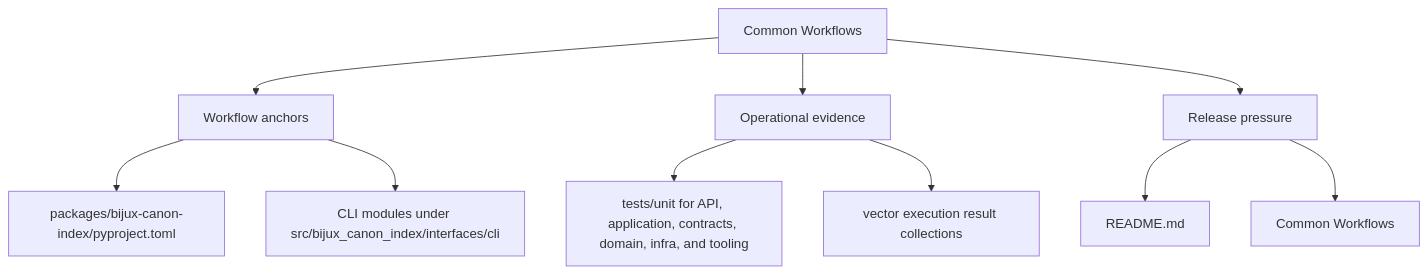
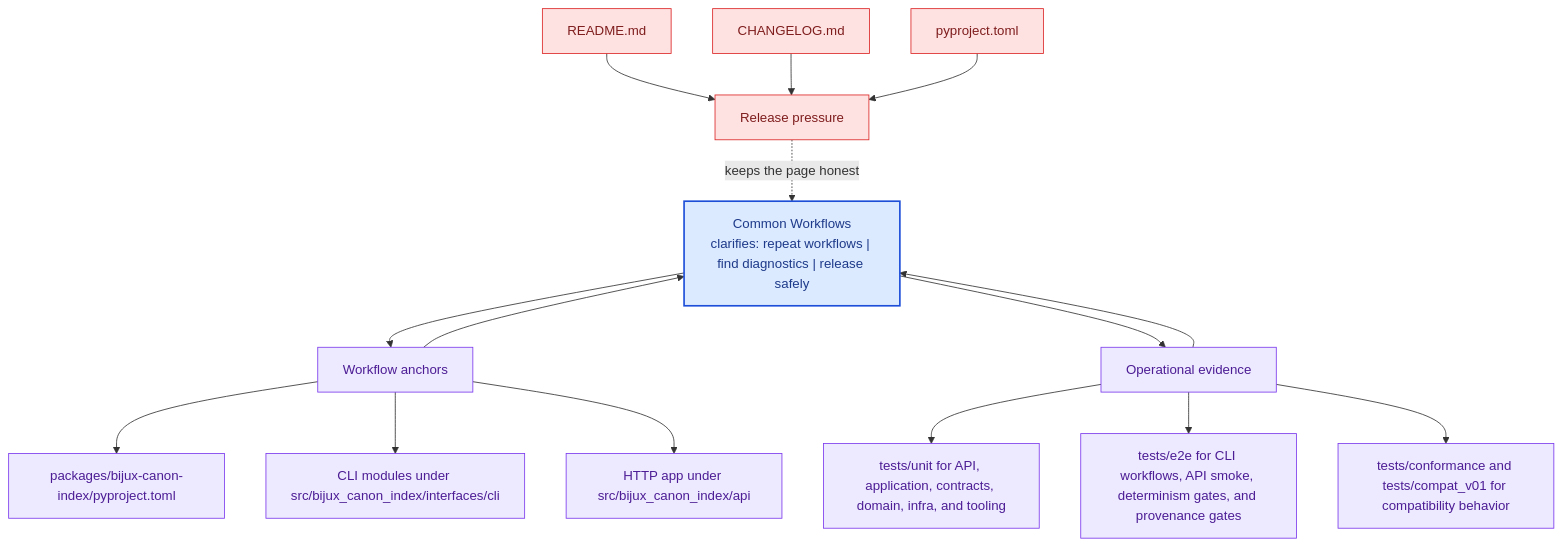
The second of 2 diagrams in docs/bijux-canon-index/operations/common-workflows.md (bijux/bijux-canon), drawn with Mermaid before and after one commit. The commit also changed other lines of this file and 281 other files, not shown here.

Commit message:
docs(diagrams): deepen handbook mermaid maps across the catalog

````diff
--- a/docs/bijux-canon-index/operations/common-workflows.md
+++ b/docs/bijux-canon-index/operations/common-workflows.md
@@ -34,22 +67,41 @@
 ```mermaid
-flowchart TD
-    page["Common Workflows"]
+flowchart TB
+    promise["Common Workflows<br/>clarifies: repeat workflows | find diagnostics | release safely"]
+    classDef promise fill:#dbeafe,stroke:#1d4ed8,color:#1e3a8a,stroke-width:2px;
+    classDef driver fill:#dcfce7,stroke:#16a34a,color:#14532d;
+    classDef constraint fill:#fee2e2,stroke:#dc2626,color:#7f1d1d;
+    classDef ground fill:#ede9fe,stroke:#7c3aed,color:#4c1d95;
     focus1["Workflow anchors"]
-    page --> focus1
+    focus1 --> promise
+    promise --> focus1
     focus1_1["packages/bijux-canon-index/pyproject.toml"]
     focus1 --> focus1_1
     focus1_2["CLI modules under src/bijux_canon_index/interfaces/cli"]
     focus1 --> focus1_2
+    focus1_3["HTTP app under src/bijux_canon_index/api"]
+    focus1 --> focus1_3
+    class focus1 ground;
+    class focus1_1,focus1_2,focus1_3 ground;
     focus2["Operational evidence"]
-    page --> focus2
+    focus2 --> promise
+    promise --> focus2
     focus2_1["tests/unit for API, application, contracts, domain, infra, and tooling"]
     focus2 --> focus2_1
-    focus2_2["vector execution result collections"]
+    focus2_2["tests/e2e for CLI workflows, API smoke, determinism gates, and provenance gates"]
     focus2 --> focus2_2
+    focus2_3["tests/conformance and tests/compat_v01 for compatibility behavior"]
+    focus2 --> focus2_3
+    class focus2 ground;
+    class focus2_1,focus2_2,focus2_3 ground;
     focus3["Release pressure"]
-    page --> focus3
+    focus3 -.keeps the page honest.-> promise
     focus3_1["README.md"]
-    focus3 --> focus3_1
-    focus3_2["Common Workflows"]
-    focus3 --> focus3_2
+    focus3_1 --> focus3
+    focus3_2["CHANGELOG.md"]
+    focus3_2 --> focus3
+    focus3_3["pyproject.toml"]
+    focus3_3 --> focus3
+    class focus3 constraint;
+    class focus3_1,focus3_2,focus3_3 constraint;
+    class promise promise;
 ```
````
